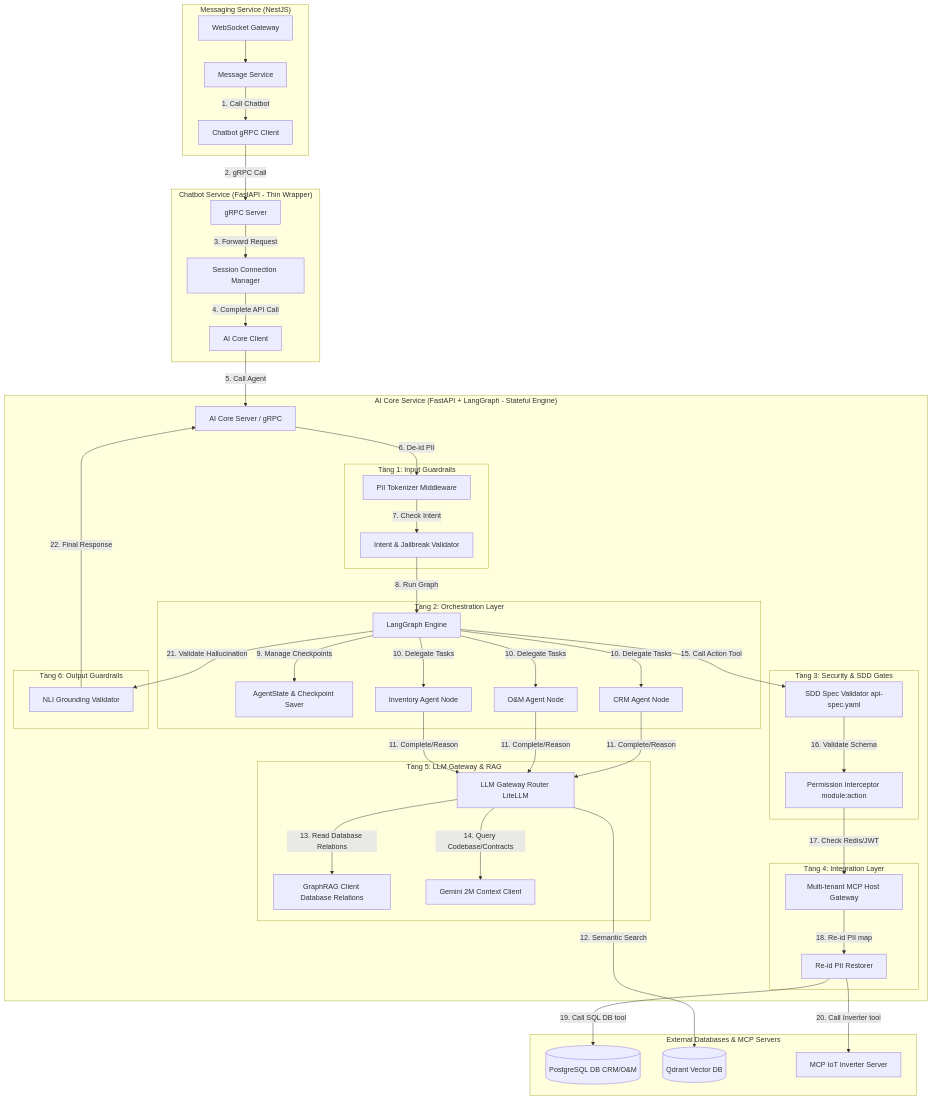
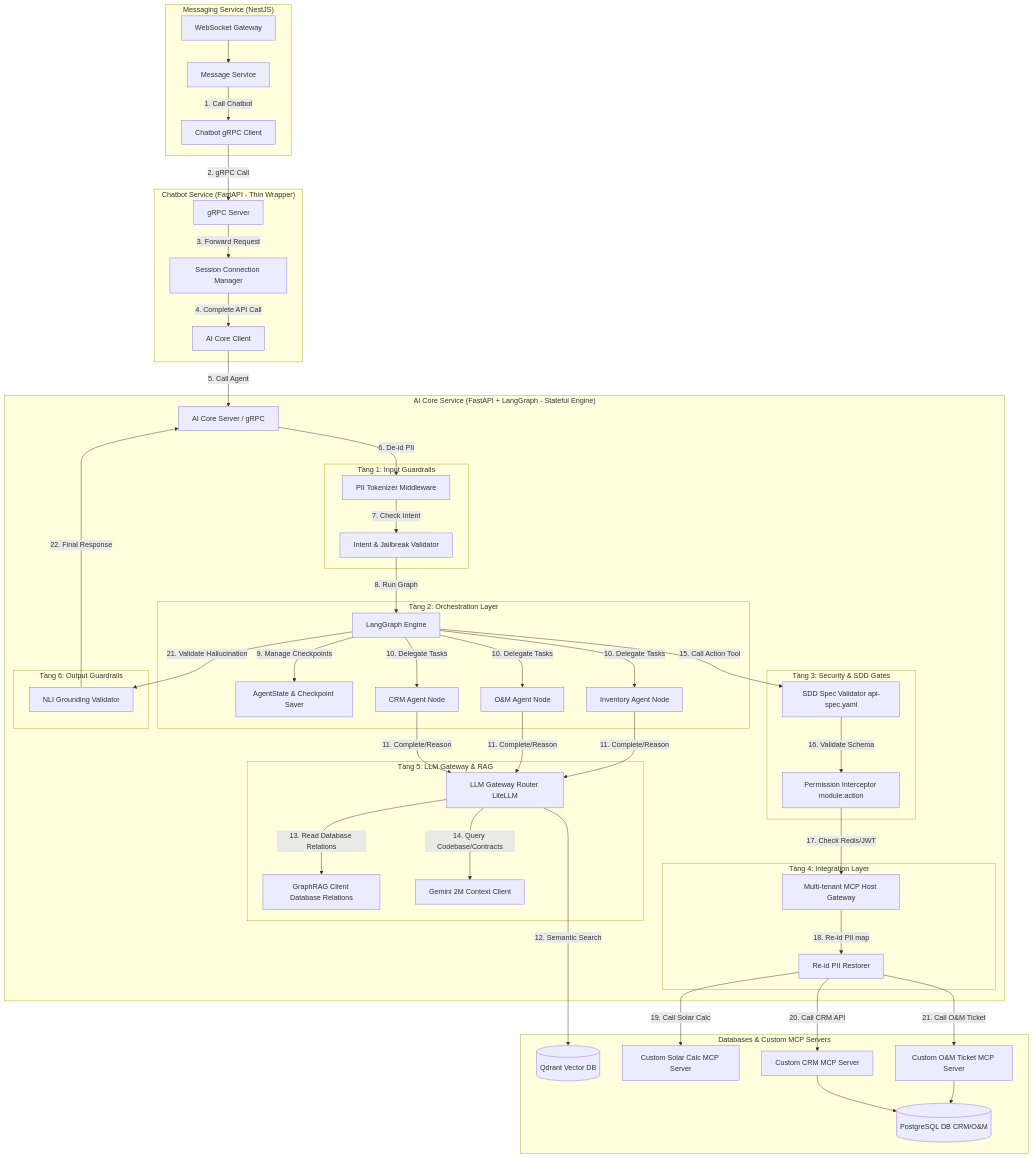
Before and after one commit to hugg4u/solavie-platform: the second of 3 diagrams in docs/SRS/09_System_Architecture.md, drawn with Mermaid. The commit also changed 55 other files, not shown here.

Commit message:
docs: update specs and requirements for Custom MCP SSE architecture and multi-tenant isolation

```diff
--- a/docs/SRS/09_System_Architecture.md
+++ b/docs/SRS/09_System_Architecture.md
@@ -171,10 +171,12 @@
         end
     end
 
-    subgraph "External Databases & MCP Servers"
+    subgraph "Databases & Custom MCP Servers"
         pg_db[(PostgreSQL DB CRM/O&M)]
         qdrant[(Qdrant Vector DB)]
-        mcp_iot[MCP IoT Inverter Server]
+        mcp_solar[Custom Solar Calc MCP Server]
+        mcp_crm[Custom CRM MCP Server]
+        mcp_om[Custom O&M Ticket MCP Server]
     end
 
     ws_gate --> msg_service
@@ -204,8 +206,10 @@
     
     %% Thực thi Tool và Phân giải PII
     mcp_host -->|18. Re-id PII map| re_id
-    re_id -->|19. Call SQL DB tool| pg_db
-    re_id -->|20. Call Inverter tool| mcp_iot
+    re_id -->|19. Call Solar Calc| mcp_solar
+    re_id -->|20. Call CRM API| mcp_crm
+    re_id -->|21. Call O&M Ticket| mcp_om
+    mcp_crm & mcp_om --> pg_db
 
     %% Kiểm soát đầu ra
     langgraph_core -->|21. Validate Hallucination| nli_val
```
